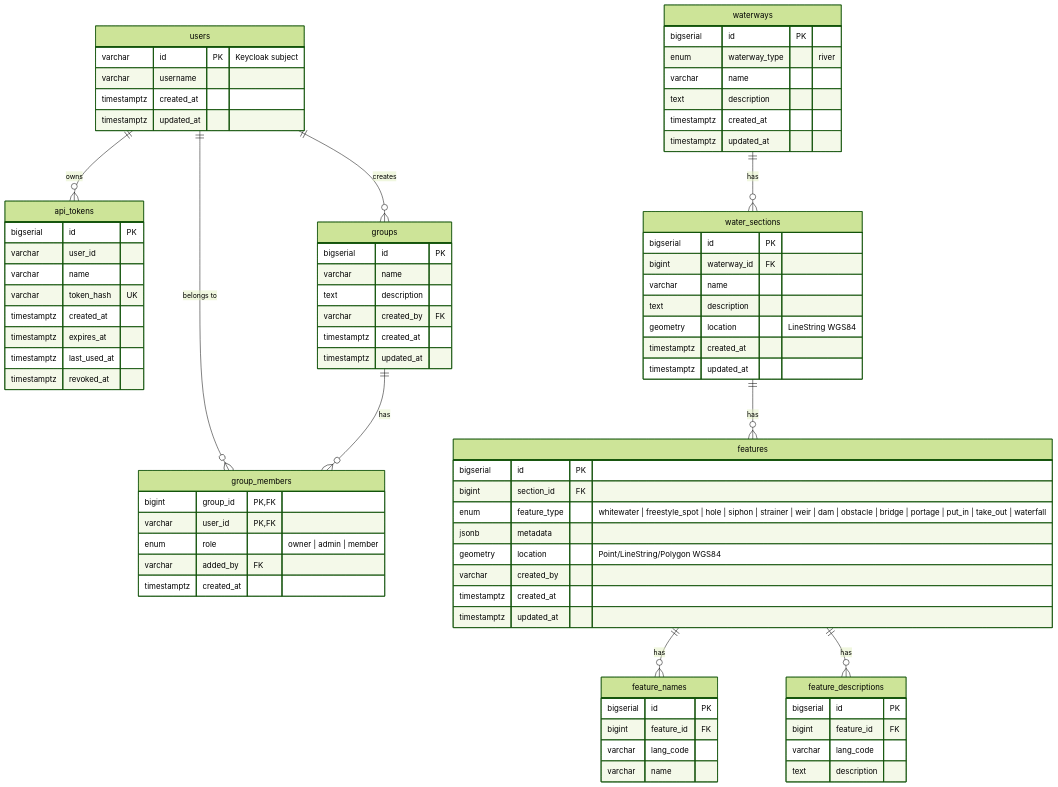
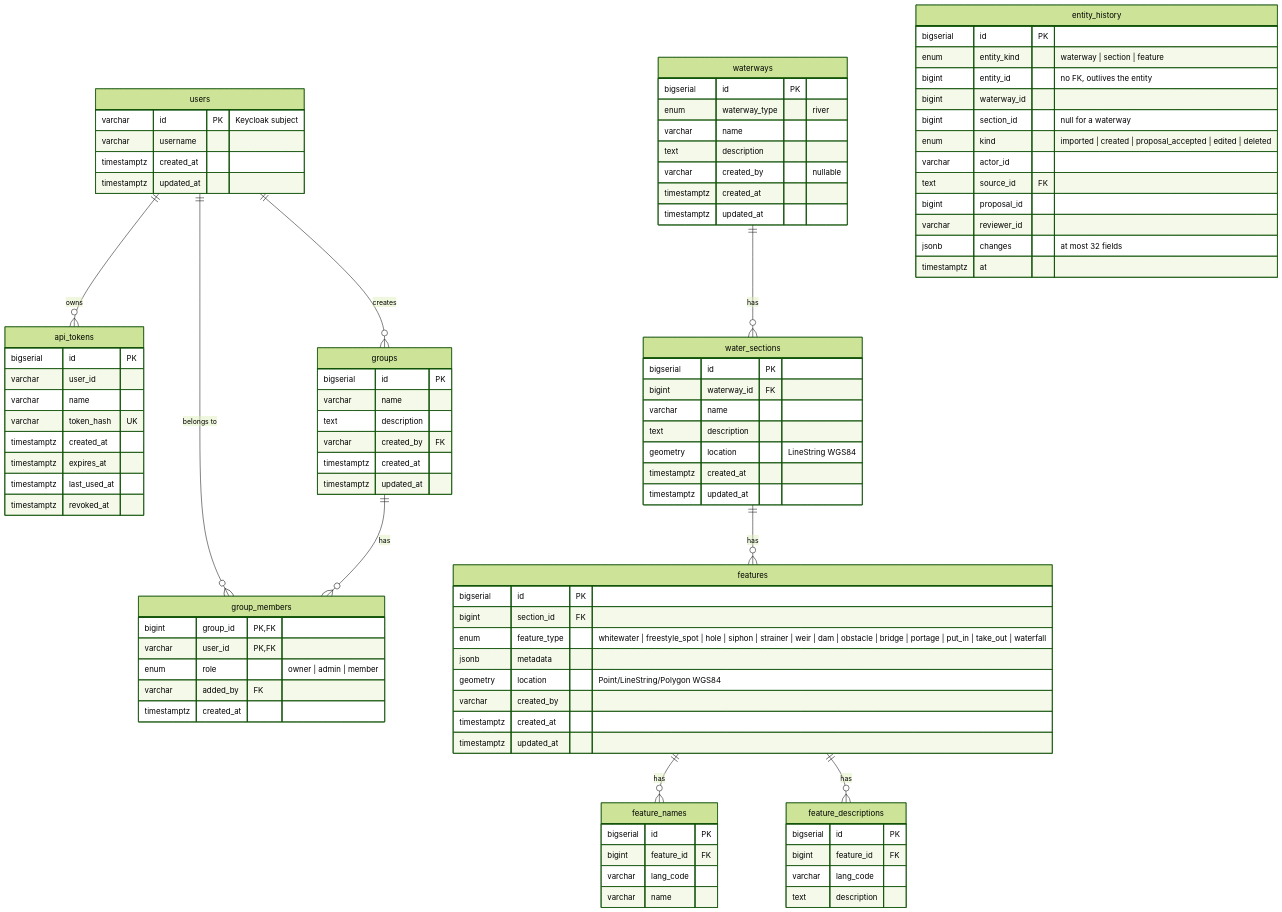
One commit to vgerber/paddlemate changed the diagram in api/README.md. Above: the diagram before and after it, drawn with Mermaid (forest theme). The commit also changed other lines of this file and 22 other files, not shown here.

```diff
--- a/api/README.md
+++ b/api/README.md
@@ -46,6 +46,7 @@
         enum waterway_type "river"
         varchar name
         text description
+        varchar created_by "nullable"
         timestamptz created_at
         timestamptz updated_at
     }
@@ -85,6 +86,21 @@
         text description
     }
 
+    entity_history {
+        bigserial id PK
+        enum entity_kind "waterway | section | feature"
+        bigint entity_id "no FK, outlives the entity"
+        bigint waterway_id
+        bigint section_id "null for a waterway"
+        enum kind "imported | created | proposal_accepted | edited | deleted"
+        varchar actor_id
+        text source_id FK
+        bigint proposal_id
+        varchar reviewer_id
+        jsonb changes "at most 32 fields"
+        timestamptz at
+    }
+
     users ||--o{ api_tokens : "owns"
     users ||--o{ groups : "creates"
     users ||--o{ group_members : "belongs to"
```
